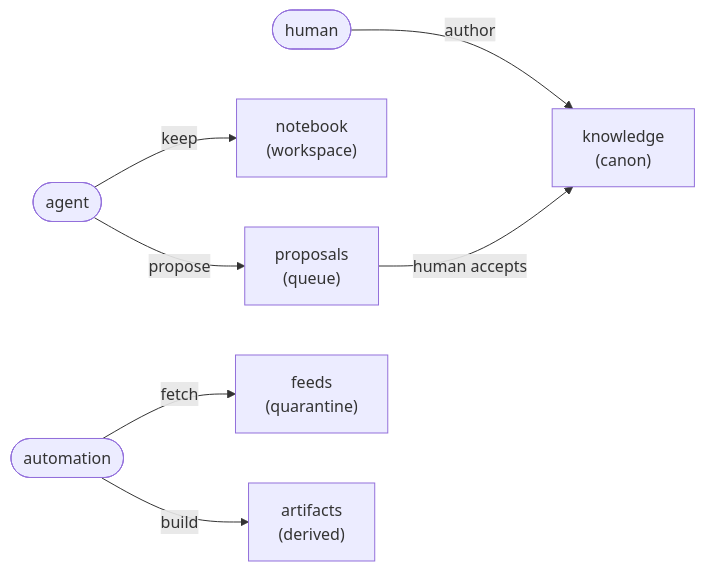
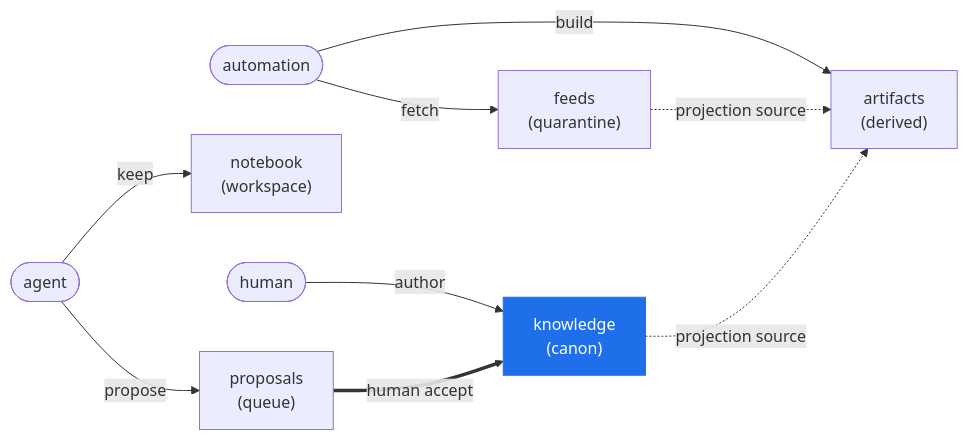
The diagram in README.md (patrick204nqh/textus), drawn with Mermaid before and after one commit. The commit also changed other lines of this file, not shown here.

First line of the commit message:
docs(readme): add trust×durability quadrant; sharpen the flow diagram (#121)

````diff
--- a/README.md
+++ b/README.md
@@ -28,9 +28,14 @@
 ```mermaid
 flowchart LR
     human(["human"]) -->|author| knowledge["knowledge<br/>(canon)"]
     agent(["agent"]) -->|keep| notebook["notebook<br/>(workspace)"]
     agent -->|propose| proposals["proposals<br/>(queue)"]
-    proposals -->|human accepts| knowledge
+    proposals ==>|human accept| knowledge
     automation(["automation"]) -->|fetch| feeds["feeds<br/>(quarantine)"]
     automation -->|build| artifacts["artifacts<br/>(derived)"]
+    feeds -.->|projection source| artifacts
+    knowledge -.->|projection source| artifacts
+
+    classDef anchor fill:#1f6feb,stroke:#1f6feb,color:#fff;
+    class knowledge anchor;
 ```
````
